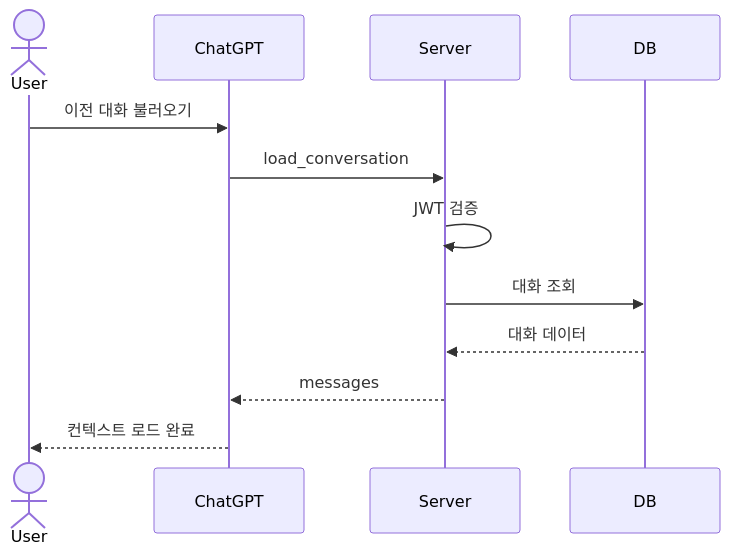
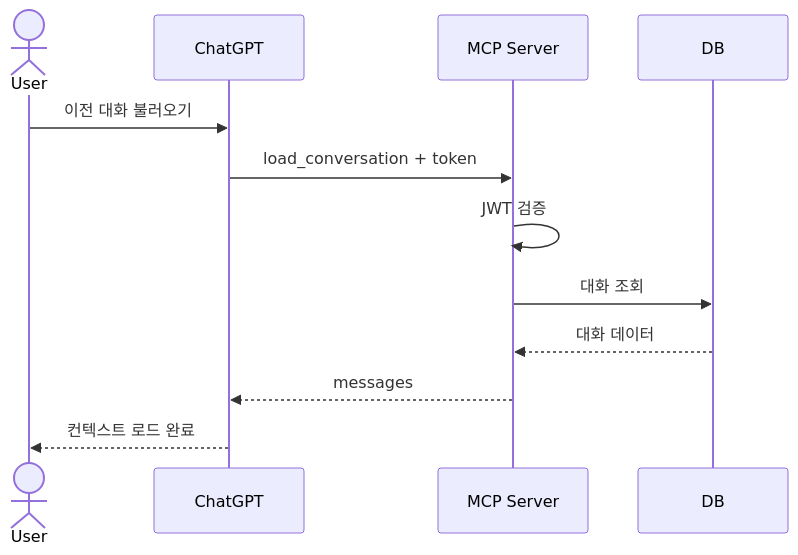
The sixth of 15 diagrams in ARCHITECTURE_SIMPLE.md (xpdlf1004/pensieve-mcp), drawn with Mermaid before and after one commit. The commit also changed other lines of this file, not shown here.

Commit message:
Add architecture.

````diff
--- a/ARCHITECTURE_SIMPLE.md
+++ b/ARCHITECTURE_SIMPLE.md
@@ -121,15 +130,15 @@
 ```mermaid
 sequenceDiagram
     actor User
     participant ChatGPT
-    participant Server
+    participant MCP as MCP Server
     participant DB
 
     User->>ChatGPT: 이전 대화 불러오기
-    ChatGPT->>Server: load_conversation
-    Server->>Server: JWT 검증
-    Server->>DB: 대화 조회
-    DB-->>Server: 대화 데이터
-    Server-->>ChatGPT: messages
+    ChatGPT->>MCP: load_conversation + token
+    MCP->>MCP: JWT 검증
+    MCP->>DB: 대화 조회
+    DB-->>MCP: 대화 데이터
+    MCP-->>ChatGPT: messages
     ChatGPT-->>User: 컨텍스트 로드 완료
 ```
````
